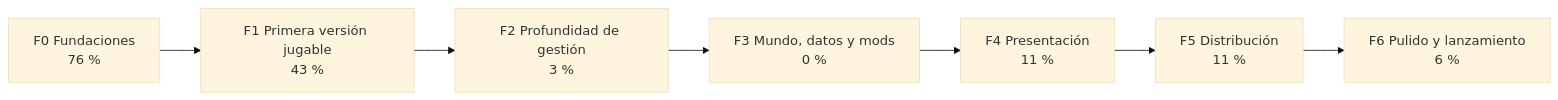
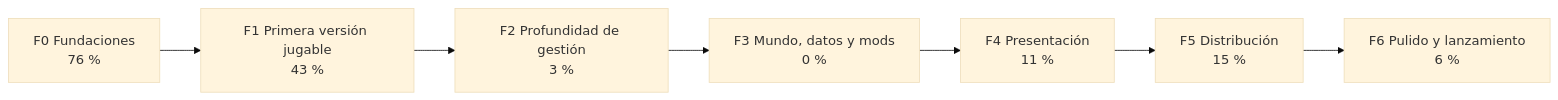
The first of 2 diagrams in README.md (dariogea/BM27), drawn with Mermaid (base theme) before and after one commit. The commit also changed other lines of this file and 12 other files, not shown here.

````diff
--- a/README.md
+++ b/README.md
@@ -71,11 +71,11 @@
 ```mermaid
 flowchart LR
   F0["F0 Fundaciones<br/>76 %"]
   F1["F1 Primera versión jugable<br/>43 %"]
   F2["F2 Profundidad de gestión<br/>3 %"]
   F3["F3 Mundo, datos y mods<br/>0 %"]
   F4["F4 Presentación<br/>11 %"]
-  F5["F5 Distribución<br/>11 %"]
+  F5["F5 Distribución<br/>15 %"]
   F6["F6 Pulido y lanzamiento<br/>6 %"]
   F0 --> F1 --> F2 --> F3 --> F4 --> F5 --> F6
 ```
````
